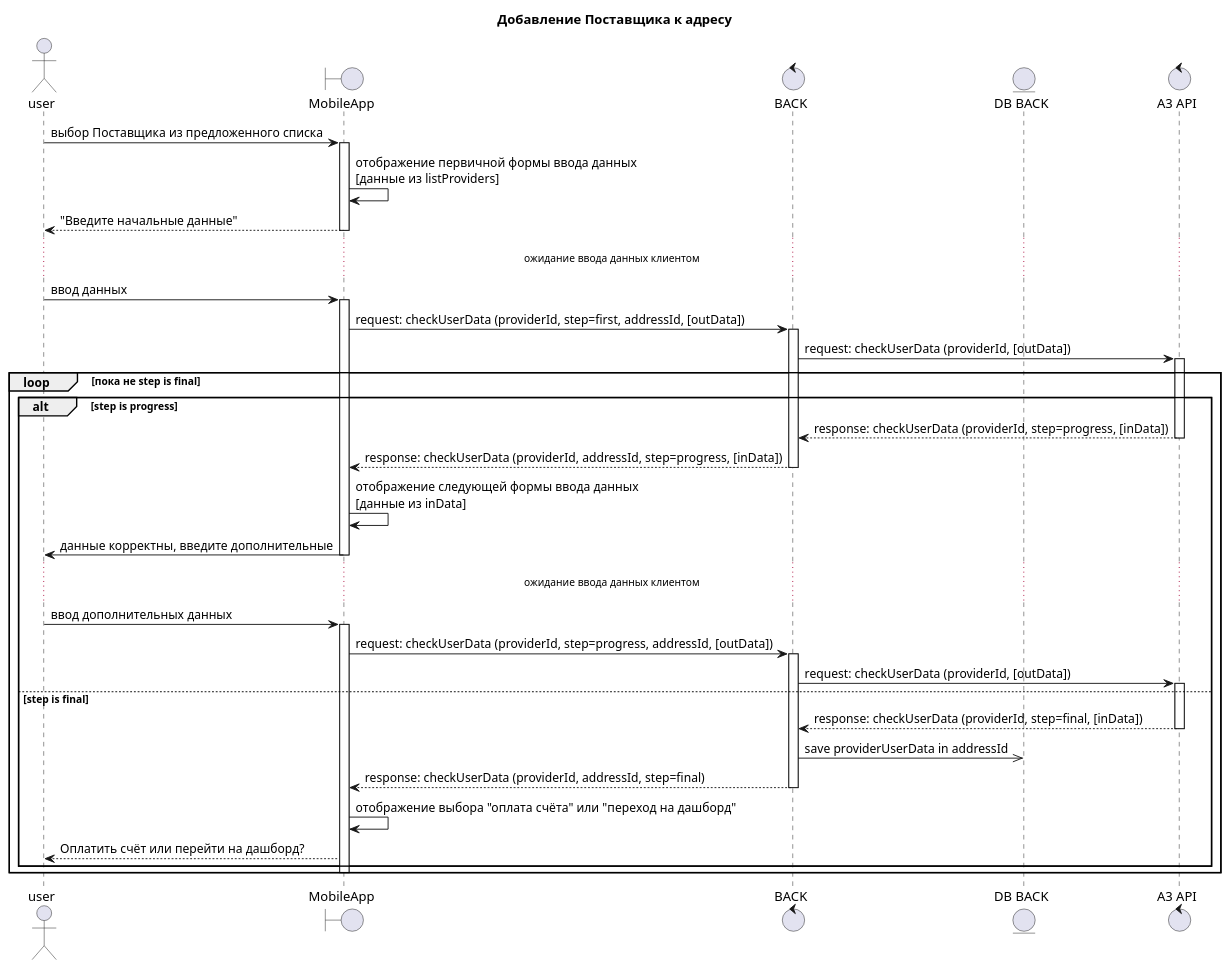
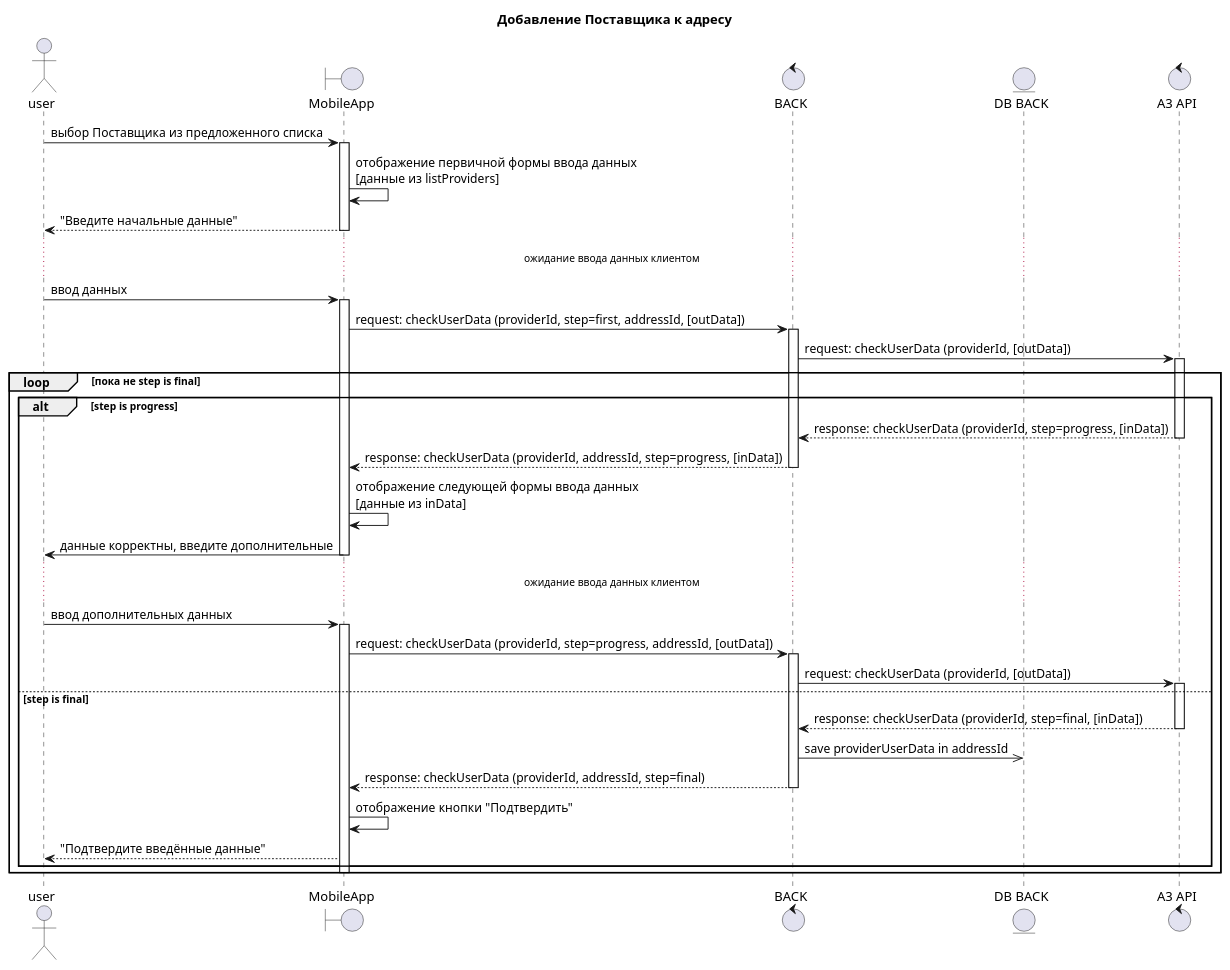
One commit to ArtWh0/UML-Scheme changed the diagram in Добавление Поставщика к адресу клиенту/ДобавлениеПоставщикаКАдресу.pu. Above: the diagram before and after it, drawn with PlantUML. The commit also changed 9 other files, not shown here.

Commit message:
Обновление схем

```diff
--- a/Добавление Поставщика к адресу клиенту/ДобавлениеПоставщикаКАдресу.pu
+++ b/Добавление Поставщика к адресу клиенту/ДобавлениеПоставщикаКАдресу.pu
@@ -1,57 +1,57 @@
 @startuml
 title "Добавление Поставщика к адресу"
 actor user
 boundary "MobileApp" as mobapp
 control "BACK" as back
 entity "DB BACK" as db
 control "A3 API" as a3
 ' сделать альтернативу с вводом данных в полях из выпадающего списка при нажатии на отдельного Поставщика
 
 user -> mobapp : выбор Поставщика из предложенного списка
 activate mobapp
     mobapp -> mobapp : отображение первичной формы ввода данных\n[данные из listProviders]
     mobapp --> user : "Введите начальные данные"
 deactivate mobapp
 
 ...ожидание ввода данных клиентом...
 
 user -> mobapp : ввод данных
 activate mobapp
     mobapp -> back : request: checkUserData (providerId, step=first, addressId, [outData])
     activate back
         back -> a3 : request: checkUserData (providerId, [outData])
         activate a3
 loop пока не step is final
 
 alt step is progress
             a3 --> back : response: checkUserData (providerId, step=progress, [inData])
         deactivate a3
         back --> mobapp : response: checkUserData (providerId, addressId, step=progress, [inData])
     deactivate back
     mobapp -> mobapp: отображение следующей формы ввода данных\n[данные из inData]
     mobapp -> user : данные корректны, введите дополнительные
 deactivate mobapp
 
 ...ожидание ввода данных клиентом...
 
 user -> mobapp : ввод дополнительных данных
 activate mobapp
     mobapp -> back : request: checkUserData (providerId, step=progress, addressId, [outData])
     activate back
         back -> a3 : request: checkUserData (providerId, [outData])
 
 else step is final
             activate a3
                 a3 --> back : response: checkUserData (providerId, step=final, [inData])
             deactivate a3
             back ->> db : save providerUserData in addressId
             back --> mobapp : response: checkUserData (providerId, addressId, step=final)
         deactivate back
-    mobapp -> mobapp : отображение выбора "оплата счёта" или "переход на дашборд"
-    mobapp --> user : Оплатить счёт или перейти на дашборд?
+    mobapp -> mobapp : отображение кнопки "Подтвердить"
+    mobapp --> user : "Подтвердите введённые данные"
 end
 
 deactivate mobapp
 
 end
 @enduml
```
